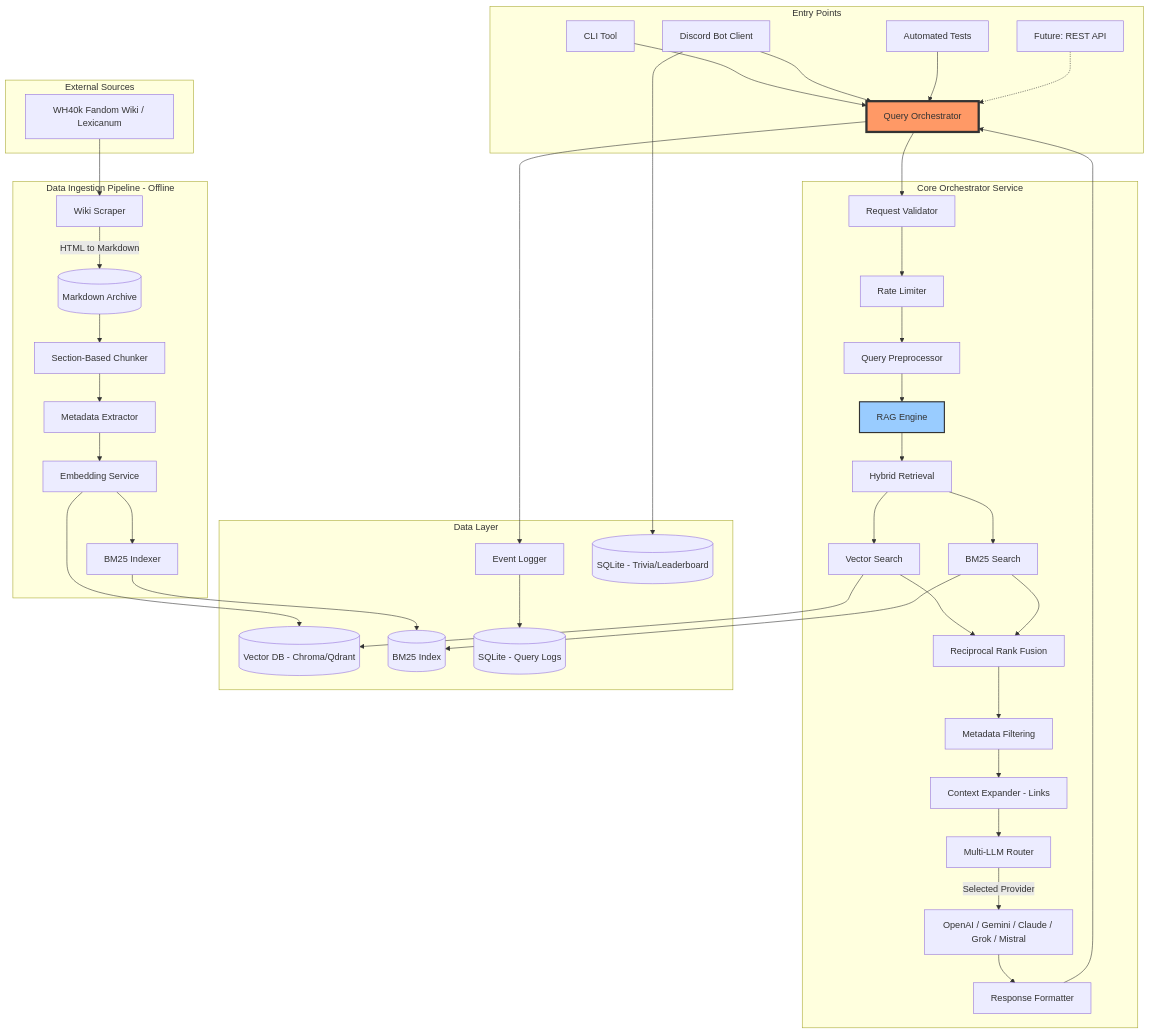
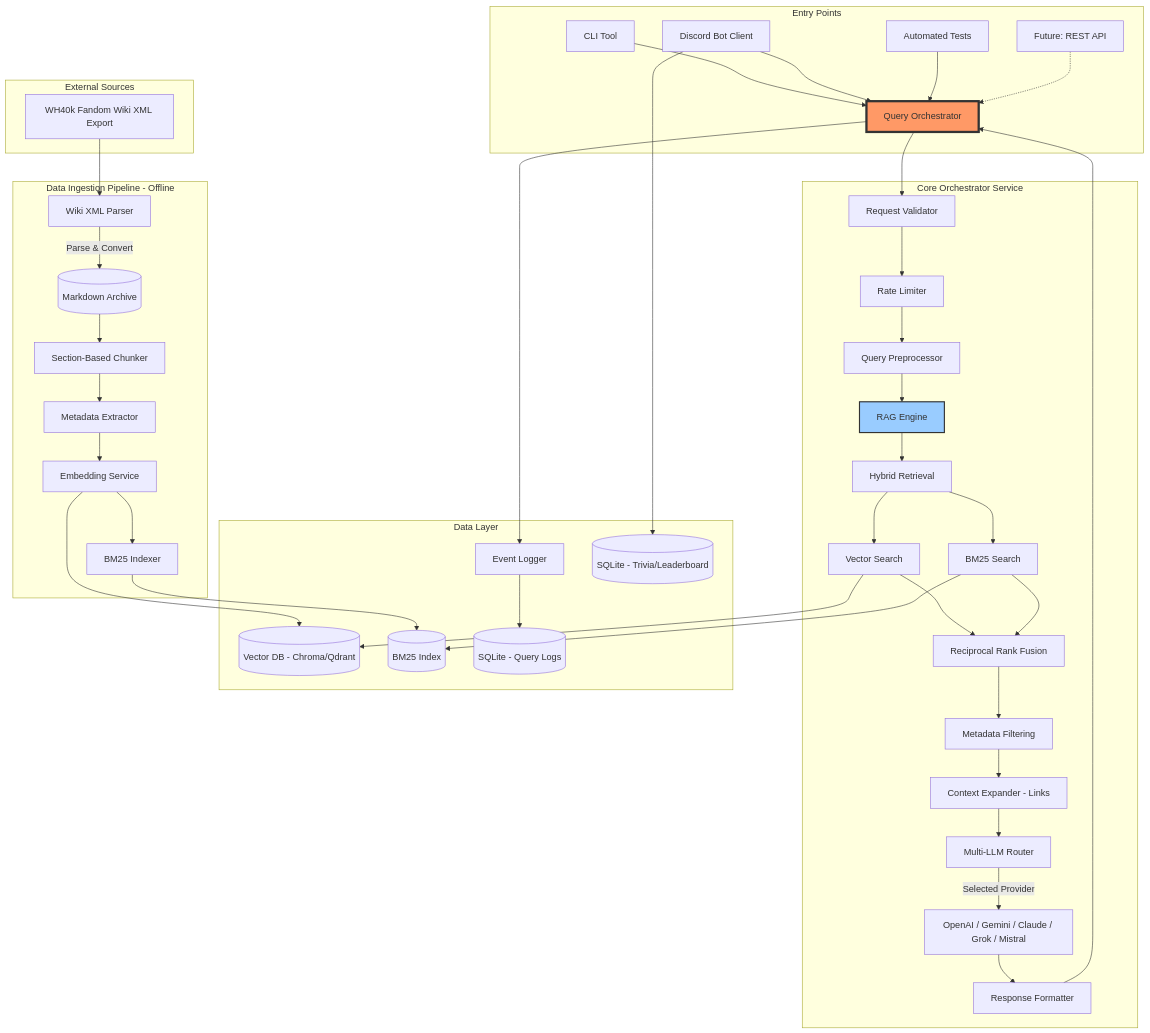
Before and after one commit to madarasz/wh40k-lore-bot: the first of 6 diagrams in docs/architecture.md, drawn with Mermaid. The commit also changed other lines of this file and 4 other files, not shown here.

````diff
--- a/docs/architecture.md
+++ b/docs/architecture.md
@@ -113,55 +115,55 @@
 ```mermaid
 graph TB
     subgraph "Entry Points"
         CLI[CLI Tool] --> Orchestrator
         DiscordBot[Discord Bot Client] --> Orchestrator
         Tests[Automated Tests] --> Orchestrator
         FutureAPI[Future: REST API] -.-> Orchestrator
     end
 
     subgraph "Core Orchestrator Service"
         Orchestrator[Query Orchestrator] --> Validator[Request Validator]
         Validator --> RateLimiter[Rate Limiter]
         RateLimiter --> QueryPreprocessor[Query Preprocessor]
         QueryPreprocessor --> RAGEngine[RAG Engine]
 
         RAGEngine --> HybridRetrieval[Hybrid Retrieval]
         HybridRetrieval --> VectorSearch[Vector Search]
         HybridRetrieval --> BM25Search[BM25 Search]
         VectorSearch --> Fusion[Reciprocal Rank Fusion]
         BM25Search --> Fusion
 
         Fusion --> MetadataFilter[Metadata Filtering]
         MetadataFilter --> ContextExpander[Context Expander - Links]
         ContextExpander --> LLMRouter[Multi-LLM Router]
 
         LLMRouter --> |Selected Provider| LLMProviders[OpenAI / Gemini / Claude / Grok / Mistral]
         LLMProviders --> ResponseFormatter[Response Formatter]
         ResponseFormatter --> Orchestrator
     end
 
     subgraph "Data Layer"
         VectorSearch --> VectorDB[(Vector DB - Chroma/Qdrant)]
         BM25Search --> BM25Index[(BM25 Index)]
         Orchestrator --> EventLogger[Event Logger]
         EventLogger --> LogDB[(SQLite - Query Logs)]
         DiscordBot --> TriviaDB[(SQLite - Trivia/Leaderboard)]
     end
 
     subgraph "Data Ingestion Pipeline - Offline"
-        WikiScraper[Wiki Scraper] --> |HTML to Markdown| MarkdownStore[(Markdown Archive)]
+        XMLParser[Wiki XML Parser] --> |Parse & Convert| MarkdownStore[(Markdown Archive)]
         MarkdownStore --> Chunker[Section-Based Chunker]
         Chunker --> MetadataExtractor[Metadata Extractor]
         MetadataExtractor --> Embedder[Embedding Service]
         Embedder --> VectorDB
         Embedder --> BM25Indexer[BM25 Indexer]
         BM25Indexer --> BM25Index
     end
 
     subgraph "External Sources"
-        Wiki[WH40k Fandom Wiki / Lexicanum] --> WikiScraper
+        Wiki[WH40k Fandom Wiki XML Export] --> XMLParser
     end
 
     style Orchestrator fill:#f96,stroke:#333,stroke-width:4px
     style RAGEngine fill:#9cf,stroke:#333,stroke-width:2px
 ```
````
